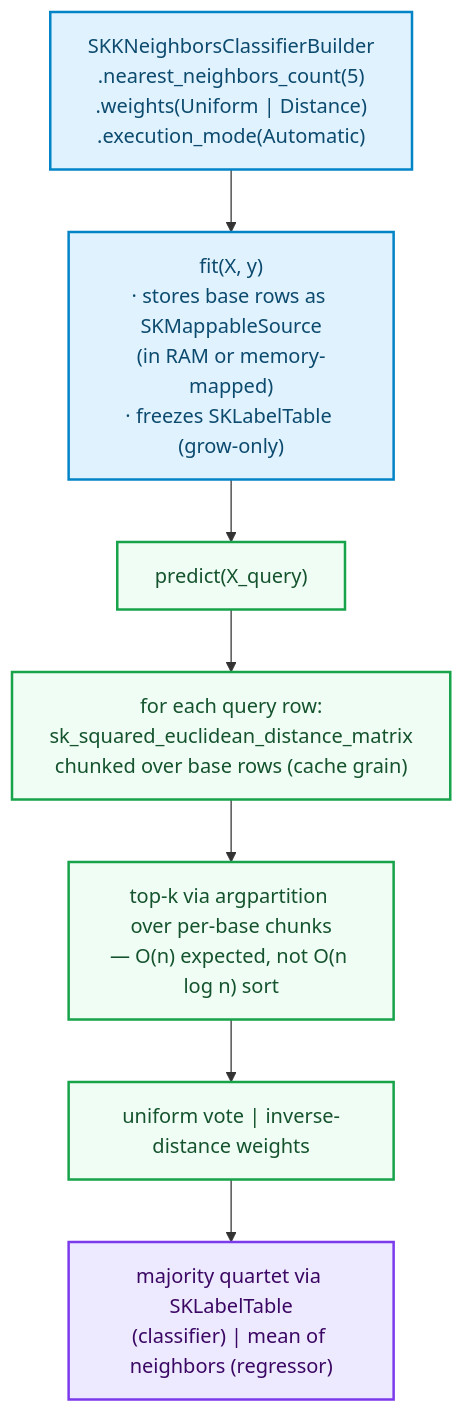
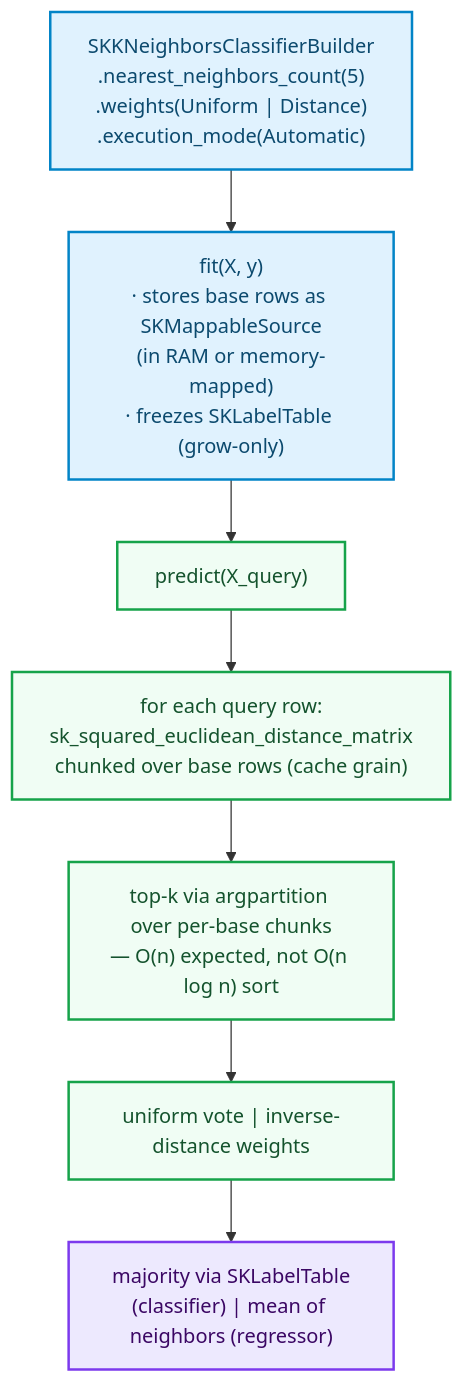
Before and after one commit to neurono-ml/sciencekit: the diagram in docs/src/tutorials/adding-a-neighbors-model.md, drawn with Mermaid. The commit also changed 1 other file, not shown here.

Commit message:
docs(tutorials): journey diagram for the anchor chapter, kNN diagram polish
Task 8: add the full-cycle Mermaid diagram to "How to add an Algorithm";
fix neighbors diagram label. Book builds clean (mdbook build docs, exit 0),
all four case-study diagrams validated via the rendering tooling.

Closes tasks 8.1-8.3 of openspec/changes/how-to-add-an-algorithm
Refs #57

````diff
--- a/docs/src/tutorials/adding-a-neighbors-model.md
+++ b/docs/src/tutorials/adding-a-neighbors-model.md
@@ -28,14 +28,14 @@
 ```mermaid
 flowchart TB
     classDef fitNode fill:#e0f2fe,stroke:#0284c7,color:#0c4a6e,stroke-width:2px
     classDef predictNode fill:#f0fdf4,stroke:#16a34a,color:#14532d,stroke-width:2px
     classDef coreNode fill:#ede9fe,stroke:#7c3aed,color:#3b0764,stroke-width:2px
 
     F["SKKNeighborsClassifierBuilder<br>.nearest_neighbors_count(5)<br>.weights(Uniform | Distance)<br>.execution_mode(Automatic)"]:::fitNode
     F --> Fit["fit(X, y)<br>· stores base rows as SKMappableSource<br>(in RAM or memory-mapped)<br>· freezes SKLabelTable (grow-only)"]:::fitNode
     Fit --> Q["predict(X_query)"]:::predictNode
     Q --> D["for each query row:<br>sk_squared_euclidean_distance_matrix<br>chunked over base rows (cache grain)"]:::predictNode
     D --> T["top-k via argpartition over per-base chunks<br>— O(n) expected, not O(n log n) sort"]:::predictNode
     T --> W["uniform vote | inverse-distance weights"]:::predictNode
-    W --> O["majority quartet via SKLabelTable<br>(classifier) | mean of neighbors (regressor)"]:::coreNode
+    W --> O["majority via SKLabelTable<br>(classifier) | mean of neighbors (regressor)"]:::coreNode
 ```
````
